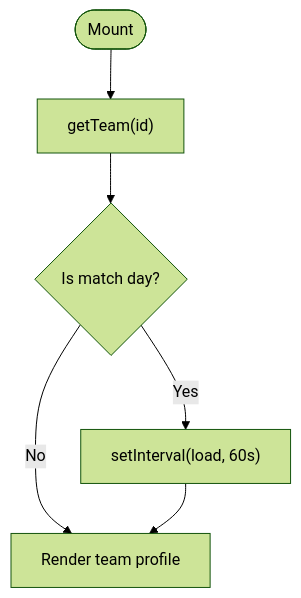
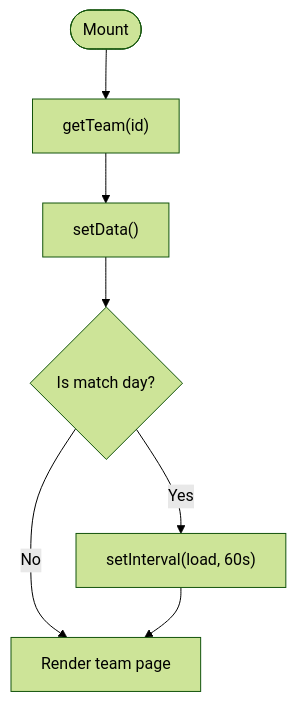
The sixth of 10 diagrams in .qoder/repowiki/en/content/Frontend Application/Page Components.md (cheesiong/WC26-qwen), drawn with Mermaid (forest theme) before and after one commit. The commit also changed other lines of this file and 181 other files, not shown here.

````diff
--- a/.qoder/repowiki/en/content/Frontend Application/Page Components.md
+++ b/.qoder/repowiki/en/content/Frontend Application/Page Components.md
@@ -274,8 +320,9 @@
 ```mermaid
 flowchart TD
-Start(["Mount"]) --> Load["getTeam(id)"]
-Load --> LiveCheck{"Is match day?"}
-LiveCheck --> |Yes| Interval["setInterval(load, 60s)"]
-LiveCheck --> |No| Render["Render team profile"]
-Interval --> Render
+Start(["Mount"]) --> Fetch["getTeam(id)"]
+Fetch --> Set["setData()"]
+Set --> Interval{"Is match day?"}
+Interval --> |Yes| Poll["setInterval(load, 60s)"]
+Interval --> |No| Render["Render team page"]
+Poll --> Render
 ```
````
